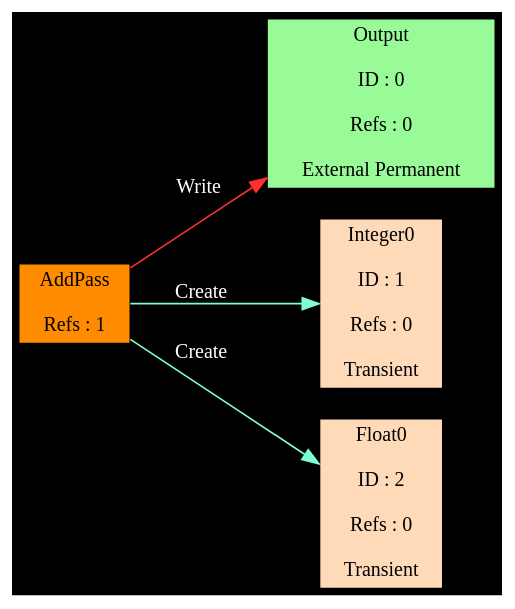
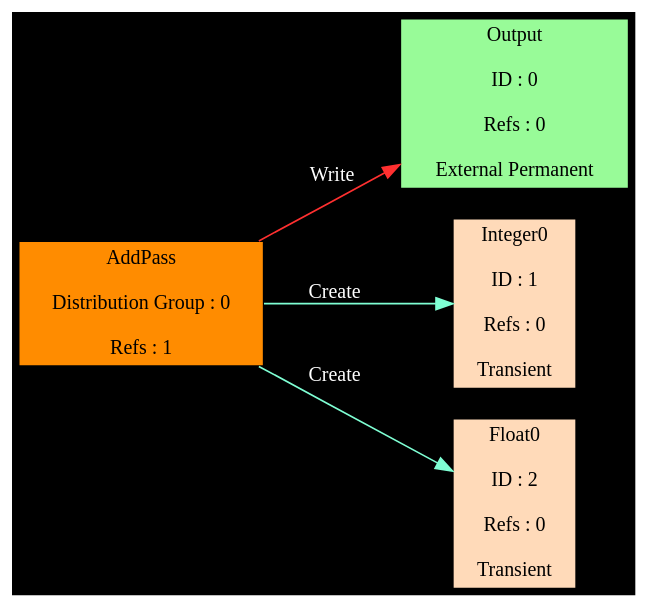
Before and after one commit to SeolYang/Elaina: the diagram in Projects/FrameGraph.dot, drawn with Graphviz. The commit also changed 3 other files, not shown here.

```diff
--- a/Projects/FrameGraph.dot
+++ b/Projects/FrameGraph.dot
@@ -1,28 +1,29 @@
 digraph FrameGraph 
 {
 rankdir = LR
 bgcolor = black
 node [shape=rectangle, fontname="nanumgothic bold", fontsize=12, fontcolor=black]
 edge [fontname="nanumgothic bold", fontsize=12, fontcolor=white]
 "AddPass" [label="AddPass
+\nDistribution Group : 0
 \nRefs : 1", style=filled, fillcolor=darkorange]
 
 "Output" [label="Output
 \nID : 0
 \nRefs : 0
 \nExternal Permanent", style=filled, fillcolor=palegreen]
 "Integer0" [label="Integer0
 \nID : 1
 \nRefs : 0
 \nTransient", style=filled, fillcolor=peachpuff]
 "Float0" [label="Float0
 \nID : 2
 \nRefs : 0
 \nTransient", style=filled, fillcolor=peachpuff]
 "AddPass" -> { "Integer0" "Float0" } [color=aquamarine, label="  Create"]
 "AddPass" -> { "Output" } [color=firebrick1, label=" Write"]
 
 "Output" -> { } [color=beige, label=" Read"]
 "Integer0" -> { } [color=beige, label=" Read"]
 "Float0" -> { } [color=beige, label=" Read"]
 }
```
